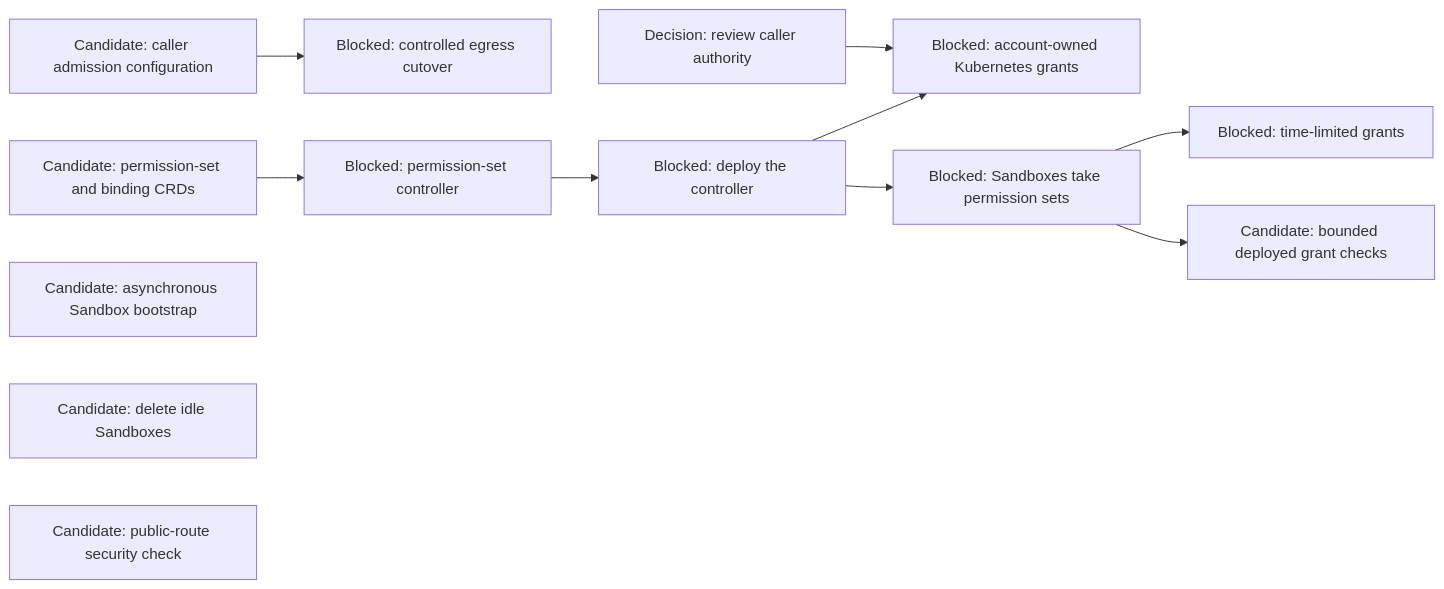
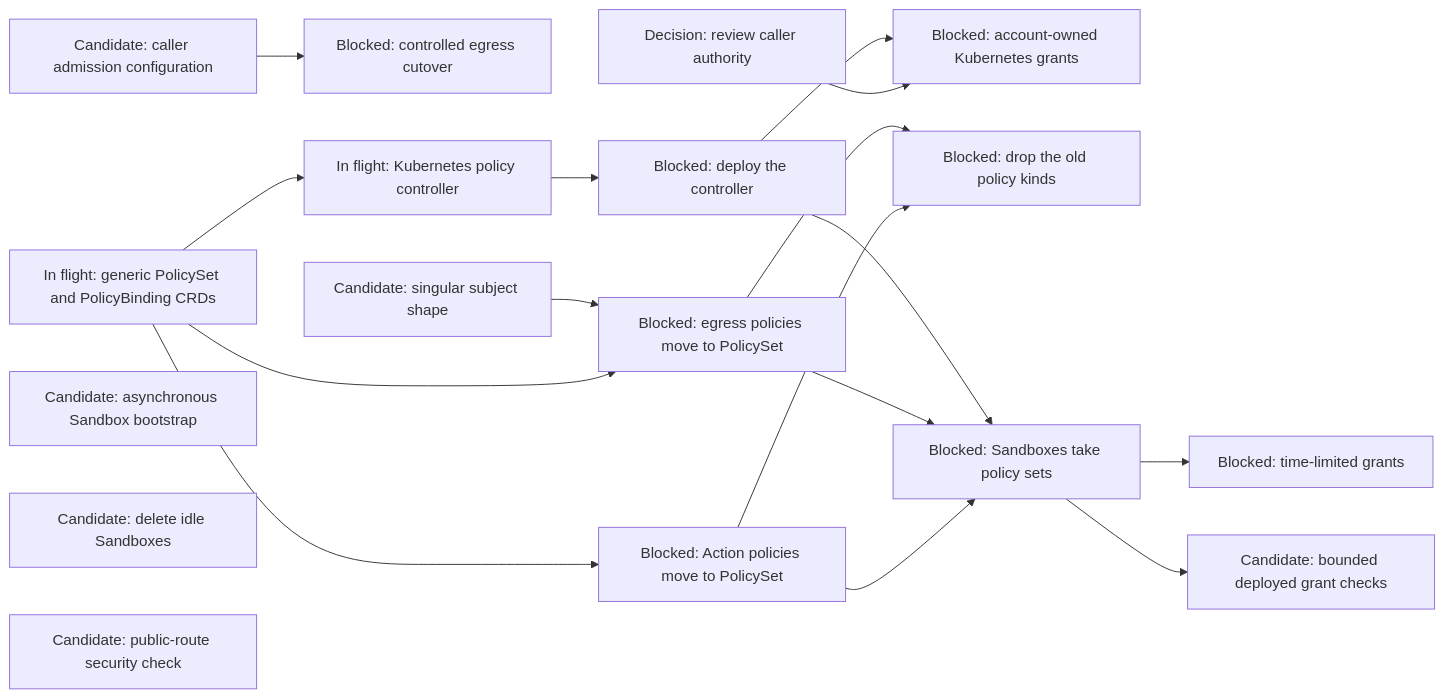
Before and after one commit to agentydragon-agent/ducktape: the eighth of 14 diagrams in agentplane/plans/task_dag.md, drawn with Mermaid. The commit also changed other lines of this file and 1 other file, not shown here.

````diff
--- a/agentplane/plans/task_dag.md
+++ b/agentplane/plans/task_dag.md
@@ -471,15 +471,22 @@
 ```mermaid
 flowchart LR
     PC_EGRESS_CREDENTIALS[Candidate: caller admission configuration] --> PC_EGRESS[Blocked: controlled egress cutover]
     CLAUDE_AI_SA[Decision: review caller authority] --> MANAGED_SA_RBAC[Blocked: account-owned Kubernetes grants]
-    K8S_POLICY_CRDS[Candidate: permission-set and binding CRDs] --> K8S_POLICY_CONTROLLER[Blocked: permission-set controller]
+    POLICY_CRDS[In flight: generic PolicySet and PolicyBinding CRDs] --> K8S_POLICY_CONTROLLER[In flight: Kubernetes policy controller]
+    POLICY_CRDS --> ACTION_POLICY_MIGRATE[Blocked: Action policies move to PolicySet]
+    POLICY_CRDS --> EGRESS_POLICY_MIGRATE[Blocked: egress policies move to PolicySet]
+    BINDING_SUBJECT_ARITY[Candidate: singular subject shape] --> EGRESS_POLICY_MIGRATE
+    ACTION_POLICY_MIGRATE --> OLD_POLICY_KINDS_DROP[Blocked: drop the old policy kinds]
+    EGRESS_POLICY_MIGRATE --> OLD_POLICY_KINDS_DROP
+    ACTION_POLICY_MIGRATE --> K8S_POLICY_SANDBOX_CUTOVER
+    EGRESS_POLICY_MIGRATE --> K8S_POLICY_SANDBOX_CUTOVER
     K8S_POLICY_CONTROLLER --> K8S_POLICY_DEPLOY[Blocked: deploy the controller]
-    K8S_POLICY_DEPLOY --> K8S_POLICY_SANDBOX_CUTOVER[Blocked: Sandboxes take permission sets]
+    K8S_POLICY_DEPLOY --> K8S_POLICY_SANDBOX_CUTOVER[Blocked: Sandboxes take policy sets]
     K8S_POLICY_SANDBOX_CUTOVER --> K8S_POLICY_RUNTIME_GRANTS[Blocked: time-limited grants]
     K8S_POLICY_DEPLOY --> MANAGED_SA_RBAC
     K8S_POLICY_SANDBOX_CUTOVER --> SANDBOX_RBAC
     BOOTSTRAP_PROGRESS_CONTRACT[Candidate: asynchronous Sandbox bootstrap]
     SANDBOX_IDLE_EXPIRY[Candidate: delete idle Sandboxes]
     SANDBOX_RBAC[Candidate: bounded deployed grant checks]
     NOTIFICATION_INGRESS_BOUNDARY[Candidate: public-route security check]
 ```
````
